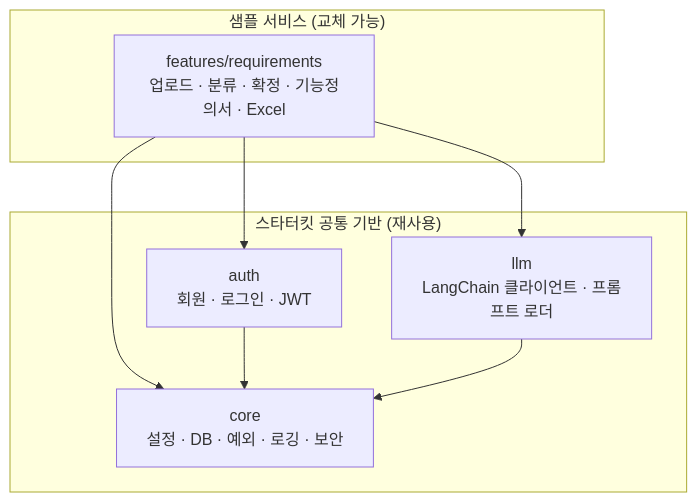
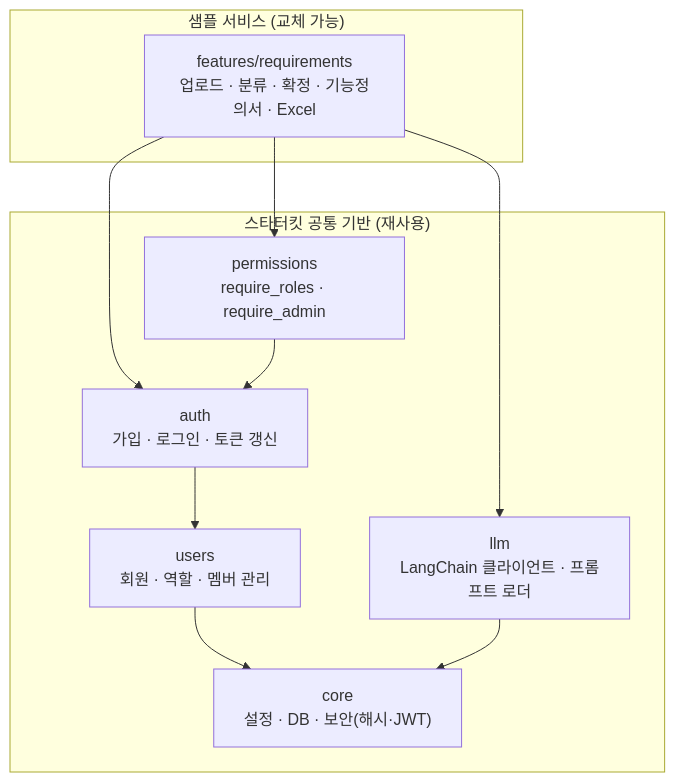
One commit to SNACKCUP/meerkit-snack changed the diagram in docs/architecture.md. Above: the diagram before and after it, drawn with Mermaid. The commit also changed other lines of this file and 5 other files, not shown here.

First line of the commit message:
docs: describe kit structure, auth flow and AI work rules (CLAUDE.md)

````diff
--- a/docs/architecture.md
+++ b/docs/architecture.md
@@ -14,16 +14,20 @@
 ```mermaid
 flowchart TB
     subgraph KIT["스타터킷 공통 기반 (재사용)"]
-        core["core<br/>설정 · DB · 예외 · 로깅 · 보안"]
-        auth["auth<br/>회원 · 로그인 · JWT"]
+        core["core<br/>설정 · DB · 보안(해시·JWT)"]
+        users["users<br/>회원 · 역할 · 멤버 관리"]
+        auth["auth<br/>가입 · 로그인 · 토큰 갱신"]
+        perm["permissions<br/>require_roles · require_admin"]
         llm["llm<br/>LangChain 클라이언트 · 프롬프트 로더"]
     end
     subgraph FEAT["샘플 서비스 (교체 가능)"]
         req["features/requirements<br/>업로드 · 분류 · 확정 · 기능정의서 · Excel"]
     end
-    req --> core
+    req --> perm
     req --> auth
     req --> llm
-    auth --> core
+    perm --> auth
+    auth --> users
+    users --> core
     llm --> core
 ```
````
